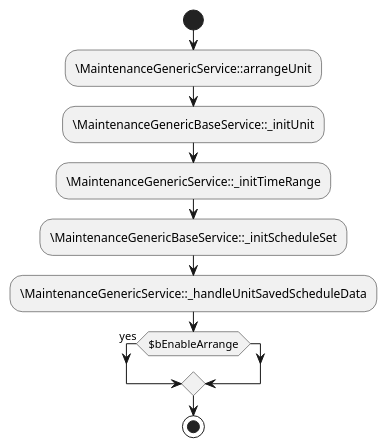
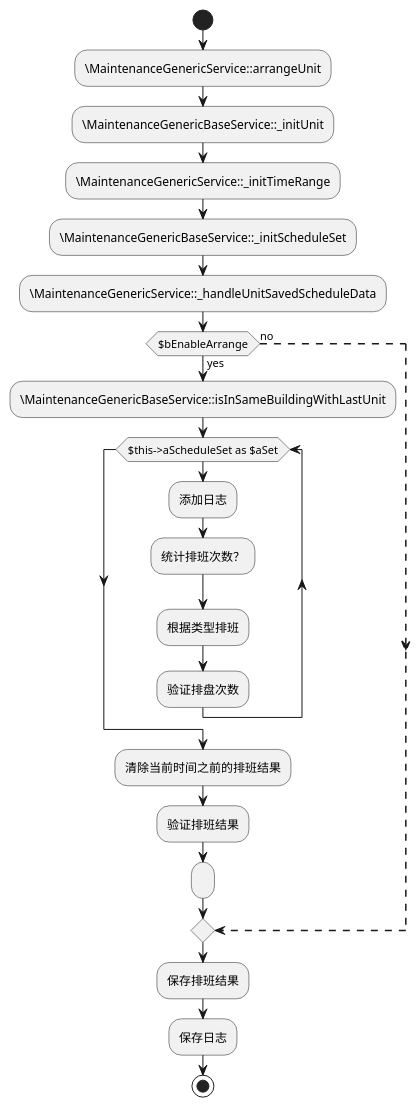
One commit to chenmenghui/basic changed the diagram in plantuml/schedule/arrangeUnit.puml. Above: the diagram before and after it, drawn with PlantUML.

Commit message:
Work for Max

```diff
--- a/plantuml/schedule/arrangeUnit.puml
+++ b/plantuml/schedule/arrangeUnit.puml
@@ -1,14 +1,25 @@
 @startuml
 start
 :\MaintenanceGenericService::arrangeUnit;
 :\MaintenanceGenericBaseService::_initUnit;
 :\MaintenanceGenericService::_initTimeRange;
 :\MaintenanceGenericBaseService::_initScheduleSet;
 :\MaintenanceGenericService::_handleUnitSavedScheduleData;
 if ($bEnableArrange) then (yes)
-
-else
-
+    :\MaintenanceGenericBaseService::isInSameBuildingWithLastUnit;
+    while ($this->aScheduleSet as $aSet)
+        :添加日志;
+        :统计排班次数？;
+        :根据类型排班;
+        :验证排盘次数;
+    endwhile
+    :清除当前时间之前的排班结果;
+    :验证排班结果;
+    :;
+else (no)
+    -[dashed]->
 endif
+:保存排班结果;
+:保存日志;
 stop
 @enduml
```
